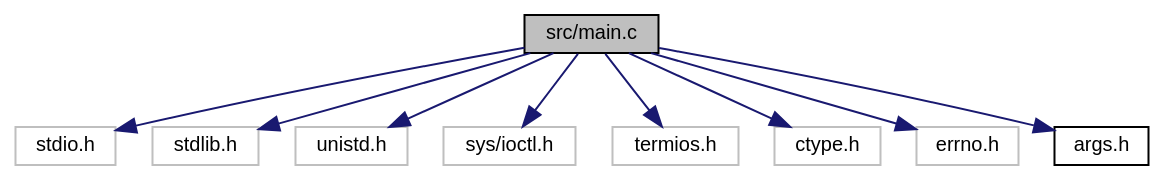
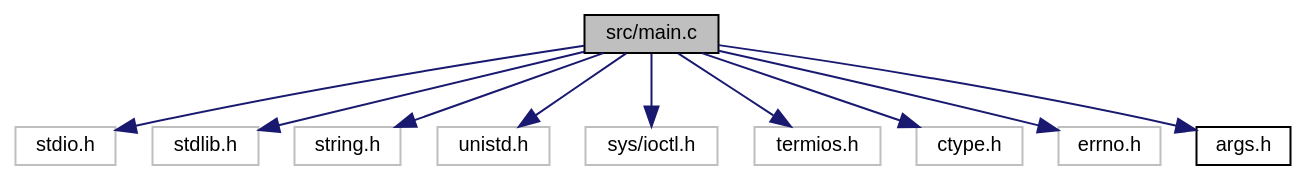
Before and after one commit to LeonelMatos/Noodle-Text: the diagram in docs/main_8c__incl.dot, drawn with Graphviz. The commit also changed 54 other files, not shown here.

```diff
--- a/docs/main_8c__incl.dot
+++ b/docs/main_8c__incl.dot
@@ -1,25 +1,27 @@
 digraph "src/main.c"
 {
  // INTERACTIVE_SVG=YES
  // LATEX_PDF_SIZE
   bgcolor="transparent";
   edge [fontname="Helvetica",fontsize="10",labelfontname="Helvetica",labelfontsize="10"];
   node [fontname="Helvetica",fontsize="10",shape=record];
   Node1 [label="src/main.c",height=0.2,width=0.4,color="black", fillcolor="grey75", style="filled", fontcolor="black",tooltip=" "];
   Node1 -> Node2 [color="midnightblue",fontsize="10",style="solid",fontname="Helvetica"];
   Node2 [label="stdio.h",height=0.2,width=0.4,color="grey75",tooltip=" "];
   Node1 -> Node3 [color="midnightblue",fontsize="10",style="solid",fontname="Helvetica"];
   Node3 [label="stdlib.h",height=0.2,width=0.4,color="grey75",tooltip=" "];
   Node1 -> Node4 [color="midnightblue",fontsize="10",style="solid",fontname="Helvetica"];
-  Node4 [label="unistd.h",height=0.2,width=0.4,color="grey75",tooltip=" "];
+  Node4 [label="string.h",height=0.2,width=0.4,color="grey75",tooltip=" "];
   Node1 -> Node5 [color="midnightblue",fontsize="10",style="solid",fontname="Helvetica"];
-  Node5 [label="sys/ioctl.h",height=0.2,width=0.4,color="grey75",tooltip=" "];
+  Node5 [label="unistd.h",height=0.2,width=0.4,color="grey75",tooltip=" "];
   Node1 -> Node6 [color="midnightblue",fontsize="10",style="solid",fontname="Helvetica"];
-  Node6 [label="termios.h",height=0.2,width=0.4,color="grey75",tooltip=" "];
+  Node6 [label="sys/ioctl.h",height=0.2,width=0.4,color="grey75",tooltip=" "];
   Node1 -> Node7 [color="midnightblue",fontsize="10",style="solid",fontname="Helvetica"];
-  Node7 [label="ctype.h",height=0.2,width=0.4,color="grey75",tooltip=" "];
+  Node7 [label="termios.h",height=0.2,width=0.4,color="grey75",tooltip=" "];
   Node1 -> Node8 [color="midnightblue",fontsize="10",style="solid",fontname="Helvetica"];
-  Node8 [label="errno.h",height=0.2,width=0.4,color="grey75",tooltip=" "];
+  Node8 [label="ctype.h",height=0.2,width=0.4,color="grey75",tooltip=" "];
   Node1 -> Node9 [color="midnightblue",fontsize="10",style="solid",fontname="Helvetica"];
-  Node9 [label="args.h",height=0.2,width=0.4,color="black",URL="$args_8h.html",tooltip=" "];
+  Node9 [label="errno.h",height=0.2,width=0.4,color="grey75",tooltip=" "];
+  Node1 -> Node10 [color="midnightblue",fontsize="10",style="solid",fontname="Helvetica"];
+  Node10 [label="args.h",height=0.2,width=0.4,color="black",URL="$args_8h.html",tooltip=" "];
 }
```
